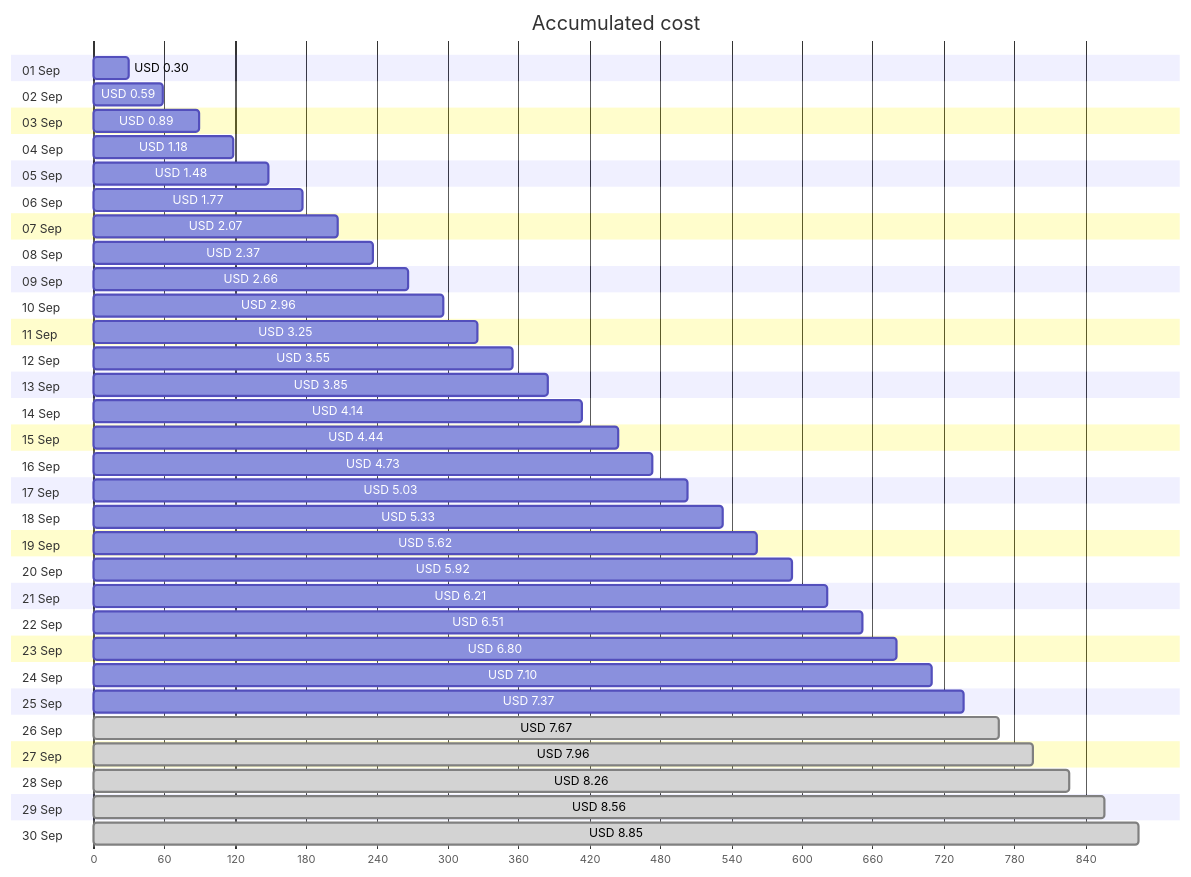
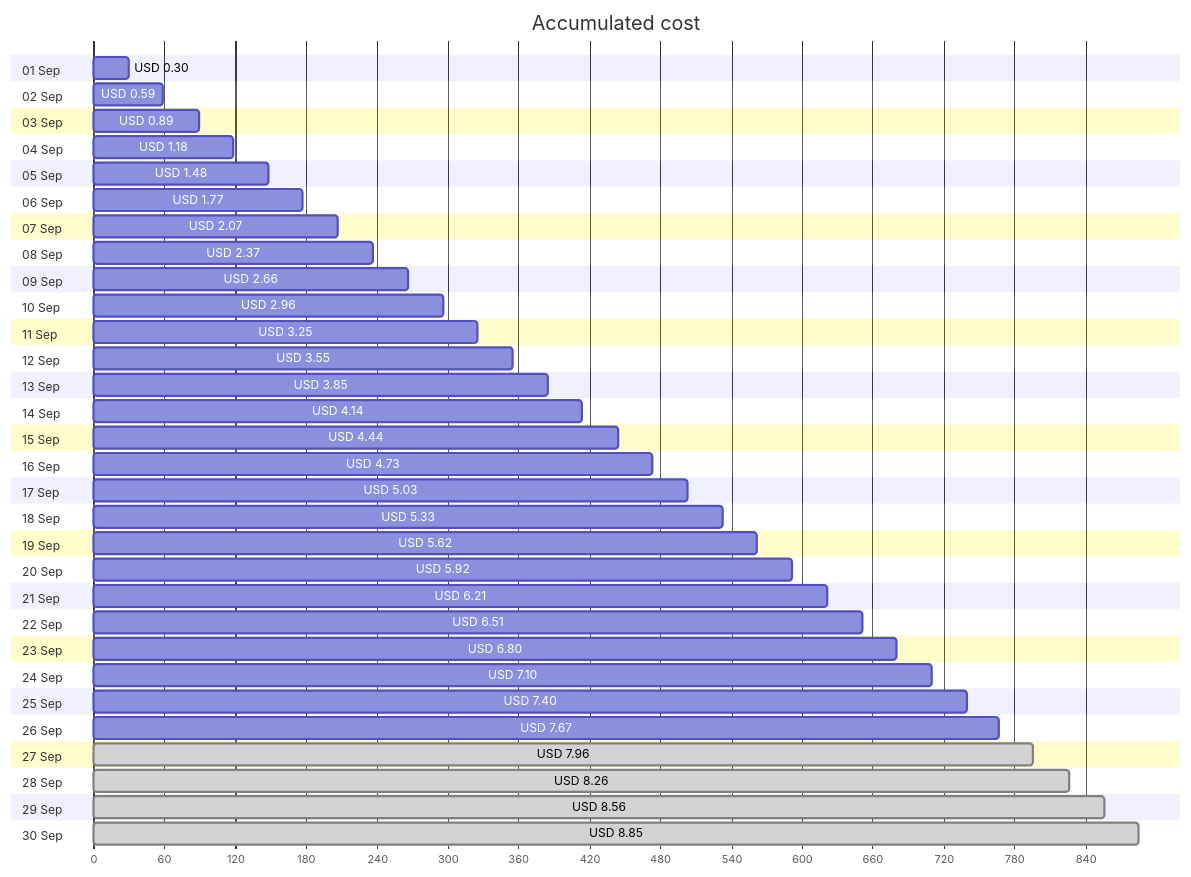
The first of 4 diagrams in cost-reports/personal-site/personal-site-preview.md (jpfulton/azure-personal-reports), drawn with Mermaid before and after one commit. The commit also changed other lines of this file and 7 other files, not shown here.

````diff
--- a/cost-reports/personal-site/personal-site-preview.md
+++ b/cost-reports/personal-site/personal-site-preview.md
@@ -20,66 +20,66 @@
 ```mermaid
 gantt
    title Accumulated cost
    dateFormat  X
    axisFormat %s
    section 01 Sep
    USD 0.30 :0, 30
    section 02 Sep
    USD 0.59 :0, 59
    section 03 Sep
    USD 0.89 :0, 89
    section 04 Sep
    USD 1.18 :0, 118
    section 05 Sep
    USD 1.48 :0, 148
    section 06 Sep
    USD 1.77 :0, 177
    section 07 Sep
    USD 2.07 :0, 207
    section 08 Sep
    USD 2.37 :0, 237
    section 09 Sep
    USD 2.66 :0, 266
    section 10 Sep
    USD 2.96 :0, 296
    section 11 Sep
    USD 3.25 :0, 325
    section 12 Sep
    USD 3.55 :0, 355
    section 13 Sep
    USD 3.85 :0, 385
    section 14 Sep
    USD 4.14 :0, 414
    section 15 Sep
    USD 4.44 :0, 444
    section 16 Sep
    USD 4.73 :0, 473
    section 17 Sep
    USD 5.03 :0, 503
    section 18 Sep
    USD 5.33 :0, 533
    section 19 Sep
    USD 5.62 :0, 562
    section 20 Sep
    USD 5.92 :0, 592
    section 21 Sep
    USD 6.21 :0, 621
    section 22 Sep
    USD 6.51 :0, 651
    section 23 Sep
    USD 6.80 :0, 680
    section 24 Sep
    USD 7.10 :0, 710
    section 25 Sep
-   USD 7.37 :0, 737
+   USD 7.40 :0, 740
    section 26 Sep
-   USD 7.67 : done, 0, 767
+   USD 7.67 :0, 767
    section 27 Sep
    USD 7.96 : done, 0, 796
    section 28 Sep
    USD 8.26 : done, 0, 826
    section 29 Sep
    USD 8.56 : done, 0, 856
    section 30 Sep
    USD 8.85 : done, 0, 885
 ```
````
